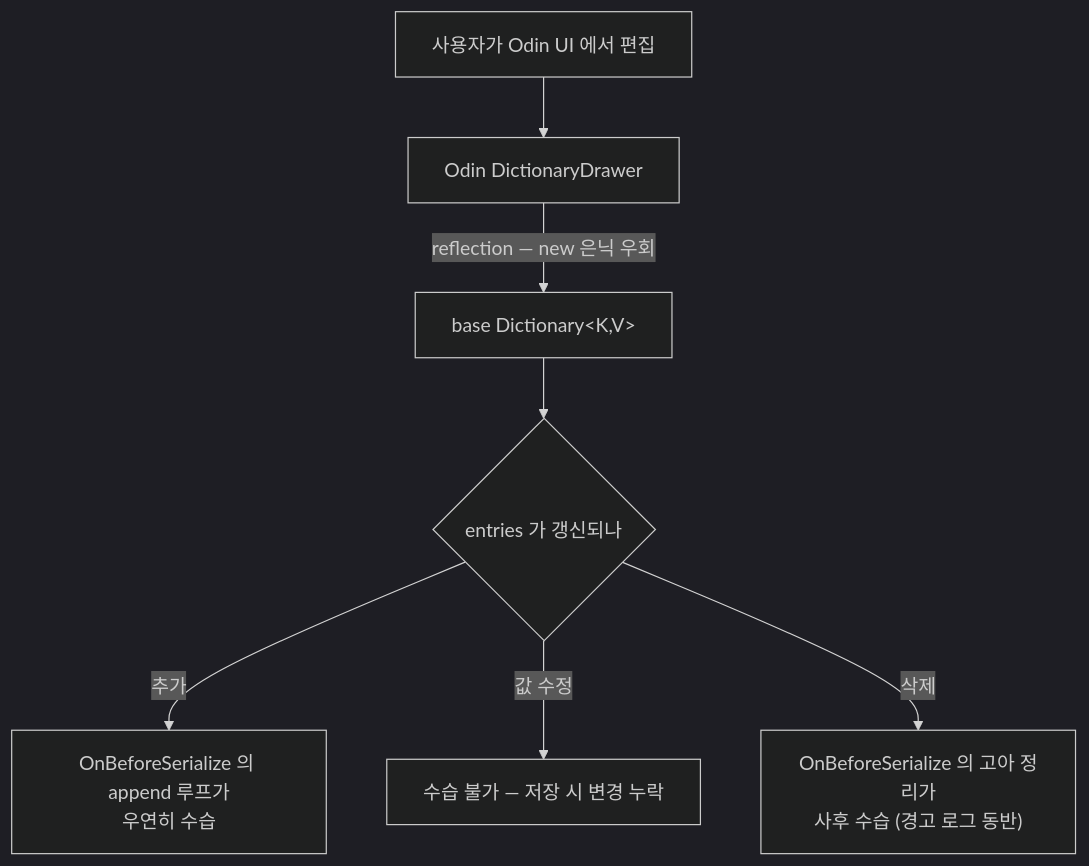
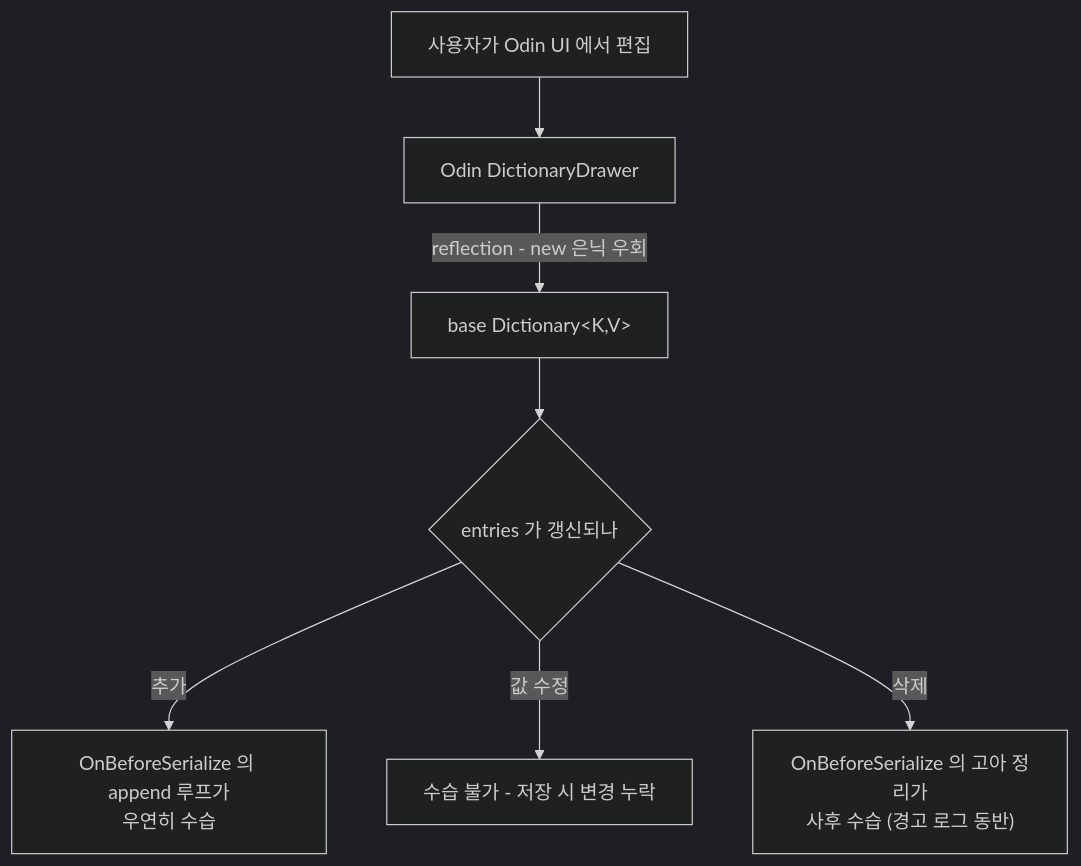
The first of 2 diagrams in HCollection/Editor/Odin/README.md (HoHong123/HCUP-Unity), drawn with Mermaid (dark theme) before and after one commit. The commit also changed other lines of this file, not shown here.

````diff
--- a/HCollection/Editor/Odin/README.md
+++ b/HCollection/Editor/Odin/README.md
@@ -30,9 +30,9 @@
 ```mermaid
 flowchart TD
     U["사용자가 Odin UI 에서 편집"] --> OD["Odin DictionaryDrawer"]
-    OD -->|"reflection — new 은닉 우회"| BASE["base Dictionary&lt;K,V&gt;"]
+    OD -->|"reflection - new 은닉 우회"| BASE["base Dictionary&lt;K,V&gt;"]
     BASE --> SYNC{"entries 가 갱신되나"}
     SYNC -->|"추가"| P1["OnBeforeSerialize 의 append 루프가<br/>우연히 수습"]
-    SYNC -->|"값 수정"| P2["수습 불가 — 저장 시 변경 누락"]
+    SYNC -->|"값 수정"| P2["수습 불가 - 저장 시 변경 누락"]
     SYNC -->|"삭제"| P3["OnBeforeSerialize 의 고아 정리가<br/>사후 수습 (경고 로그 동반)"]
 ```
````
